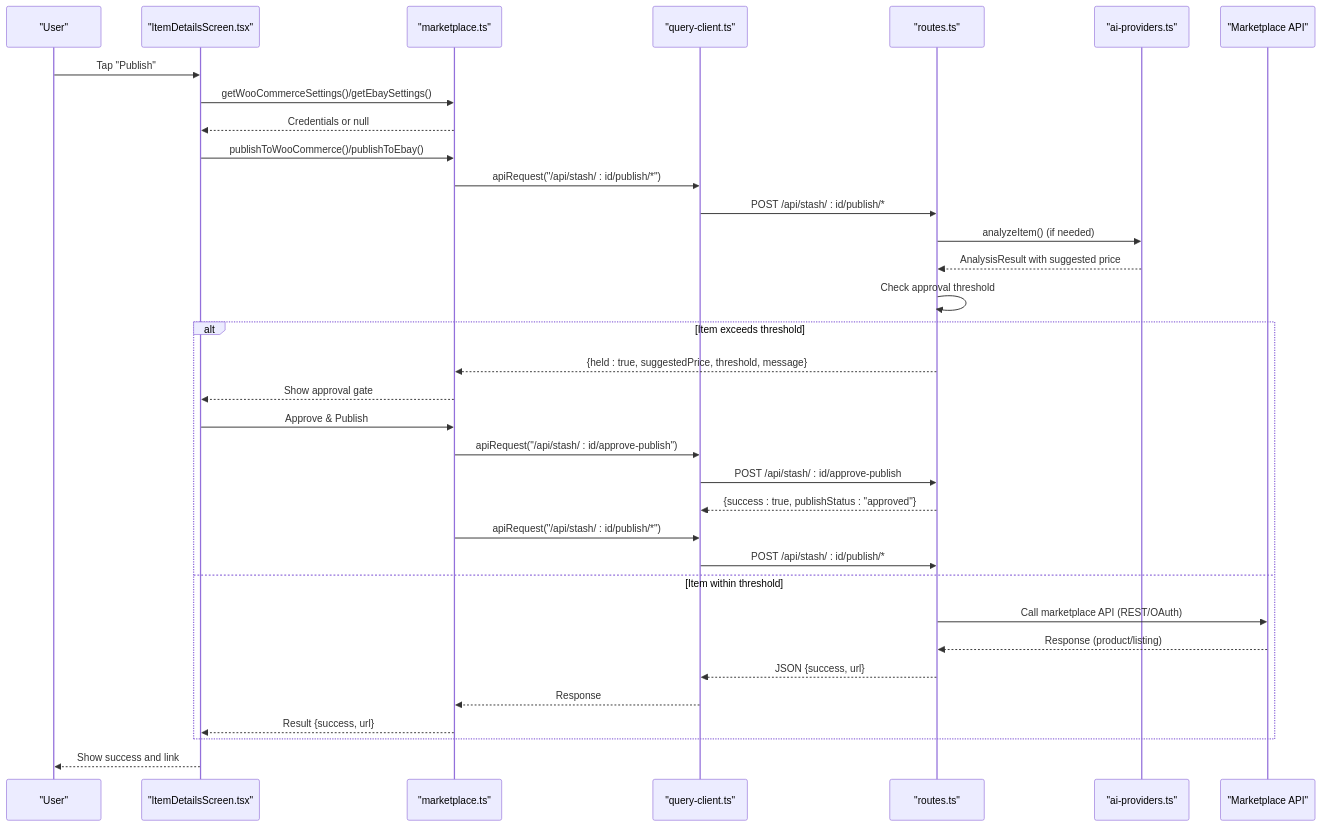
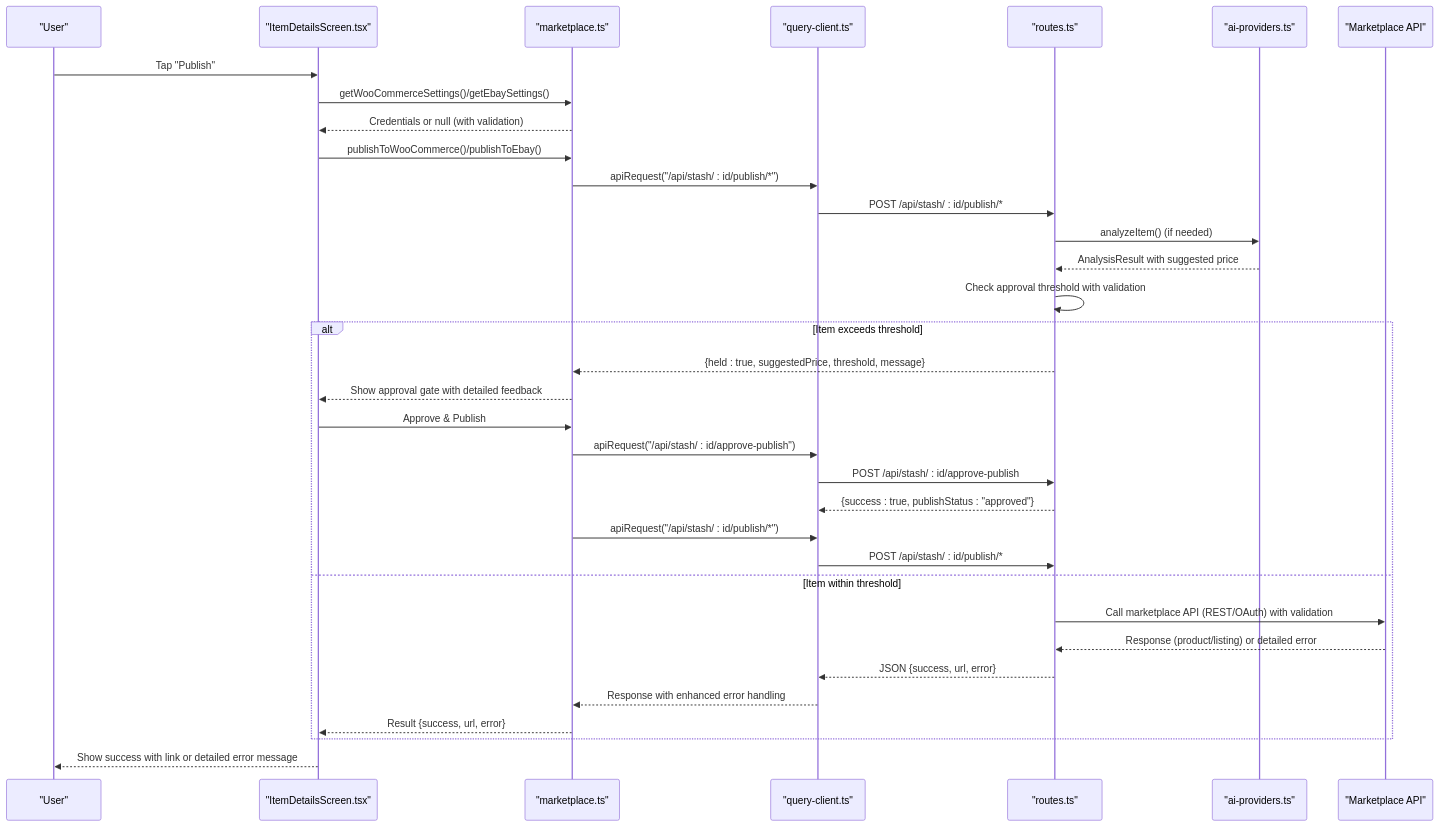
Before and after one commit to hunglevi87/Hidden-Gem: the second of 6 diagrams in .qoder/repowiki/en/content/Marketplace Integration/Marketplace Integration.md, drawn with Mermaid. The commit also changed other lines of this file and 14 other files, not shown here.

````diff
--- a/.qoder/repowiki/en/content/Marketplace Integration/Marketplace Integration.md
+++ b/.qoder/repowiki/en/content/Marketplace Integration/Marketplace Integration.md
@@ -162,36 +175,36 @@
 ```mermaid
 sequenceDiagram
 participant U as "User"
 participant UI as "ItemDetailsScreen.tsx"
 participant CL as "marketplace.ts"
 participant QC as "query-client.ts"
 participant SV as "routes.ts"
 participant AI as "ai-providers.ts"
 participant MKT as "Marketplace API"
 U->>UI : Tap "Publish"
 UI->>CL : getWooCommerceSettings()/getEbaySettings()
-CL-->>UI : Credentials or null
+CL-->>UI : Credentials or null (with validation)
 UI->>CL : publishToWooCommerce()/publishToEbay()
 CL->>QC : apiRequest("/api/stash/ : id/publish/*")
 QC->>SV : POST /api/stash/ : id/publish/*
 SV->>AI : analyzeItem() (if needed)
 AI-->>SV : AnalysisResult with suggested price
-SV->>SV : Check approval threshold
+SV->>SV : Check approval threshold with validation
 alt Item exceeds threshold
 SV-->>CL : {held : true, suggestedPrice, threshold, message}
-CL-->>UI : Show approval gate
+CL-->>UI : Show approval gate with detailed feedback
 UI->>CL : Approve & Publish
 CL->>QC : apiRequest("/api/stash/ : id/approve-publish")
 QC->>SV : POST /api/stash/ : id/approve-publish
 SV-->>QC : {success : true, publishStatus : "approved"}
 CL->>QC : apiRequest("/api/stash/ : id/publish/*")
 QC->>SV : POST /api/stash/ : id/publish/*
 else Item within threshold
-SV->>MKT : Call marketplace API (REST/OAuth)
-MKT-->>SV : Response (product/listing)
-SV-->>QC : JSON {success, url}
-QC-->>CL : Response
-CL-->>UI : Result {success, url}
+SV->>MKT : Call marketplace API (REST/OAuth) with validation
+MKT-->>SV : Response (product/listing) or detailed error
+SV-->>QC : JSON {success, url, error}
+QC-->>CL : Response with enhanced error handling
+CL-->>UI : Result {success, url, error}
 end
-UI-->>U : Show success and link
+UI-->>U : Show success with link or detailed error message
 ```
````
